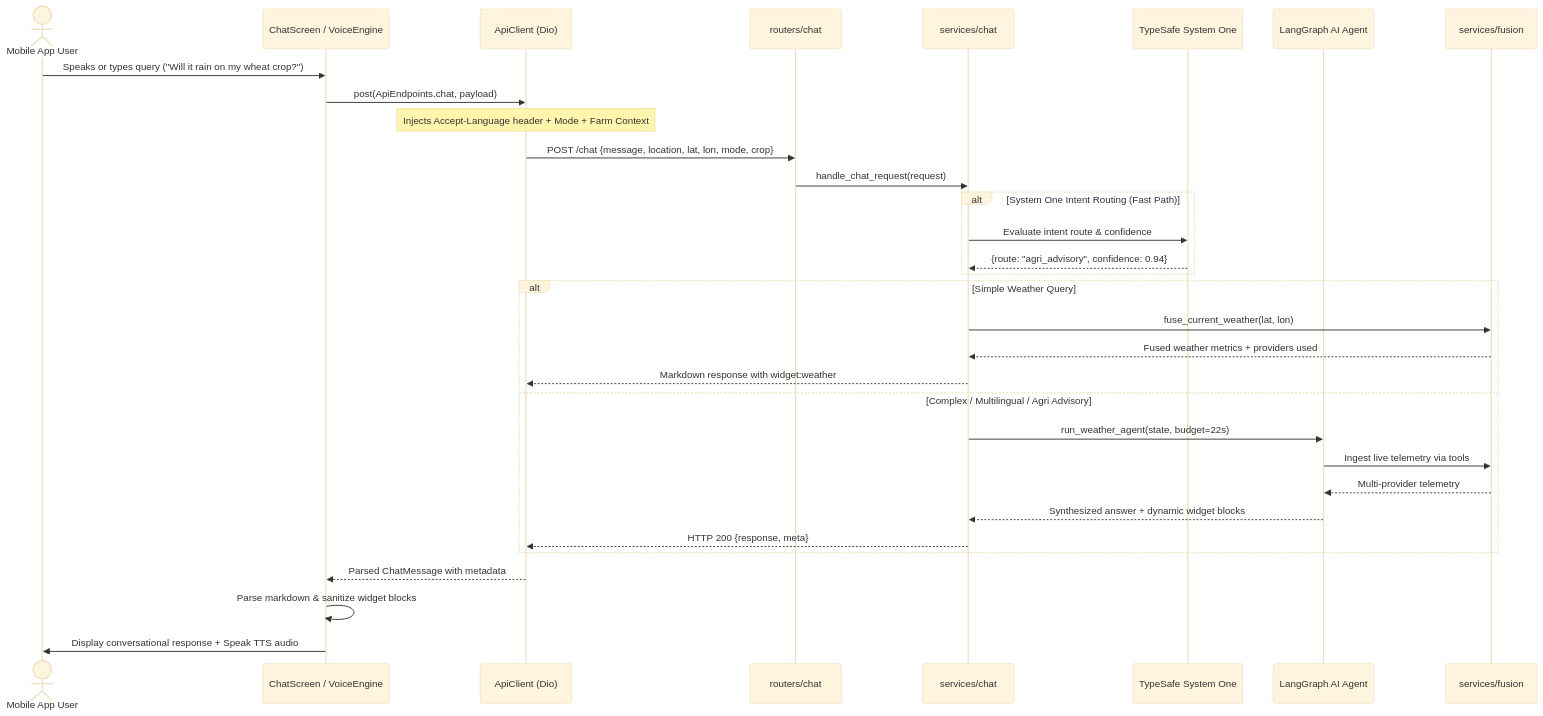
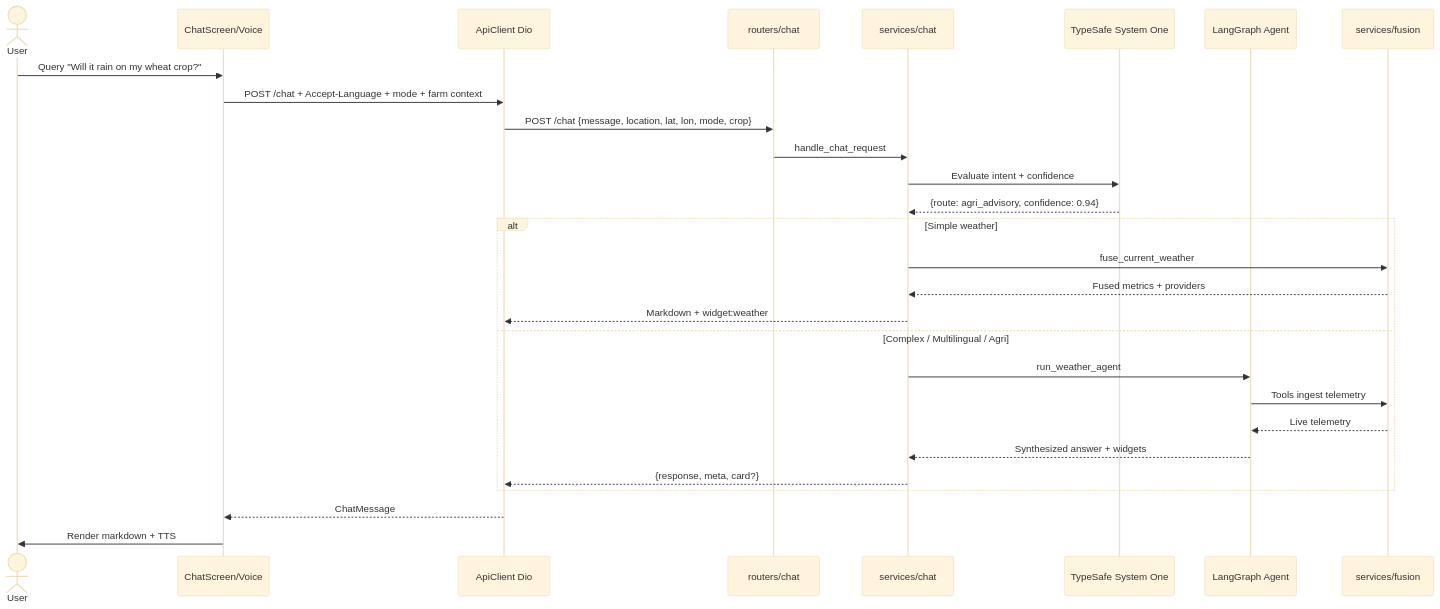
Before and after one commit to omsenjalia/weathergpt-app: the second of 7 diagrams in ARCHITECTURE.md, drawn with Mermaid (base theme). The commit also changed other lines of this file and 3 other files, not shown here.

First line of the commit message:
fix: navigation panel anchors now match actual headers, clean ARCHITECTURE.md

````diff
--- a/ARCHITECTURE.md
+++ b/ARCHITECTURE.md
@@ -361,38 +318,34 @@
 ```mermaid
 sequenceDiagram
-    actor User as Mobile App User
-    participant UI as ChatScreen / VoiceEngine
-    participant Client as ApiClient (Dio)
+    actor User
+    participant UI as ChatScreen/Voice
+    participant Client as ApiClient Dio
     participant Router as routers/chat
     participant Service as services/chat
     participant Jev as TypeSafe System One
-    participant Agent as LangGraph AI Agent
+    participant Agent as LangGraph Agent
     participant Fusion as services/fusion
 
-    User->>UI: Speaks or types query ("Will it rain on my wheat crop?")
-    UI->>Client: post(ApiEndpoints.chat, payload)
-    Note over Client: Injects Accept-Language header + Mode + Farm Context
+    User->>UI: Query "Will it rain on my wheat crop?"
+    UI->>Client: POST /chat + Accept-Language + mode + farm context
     Client->>Router: POST /chat {message, location, lat, lon, mode, crop}
-    Router->>Service: handle_chat_request(request)
+    Router->>Service: handle_chat_request
 
-    alt System One Intent Routing (Fast Path)
-        Service->>Jev: Evaluate intent route & confidence
-        Jev-->>Service: {route: "agri_advisory", confidence: 0.94}
+    Service->>Jev: Evaluate intent + confidence
+    Jev-->>Service: {route: agri_advisory, confidence: 0.94}
+
+    alt Simple weather
+        Service->>Fusion: fuse_current_weather
+        Fusion-->>Service: Fused metrics + providers
+        Service-->>Client: Markdown + widget:weather
+    else Complex / Multilingual / Agri
+        Service->>Agent: run_weather_agent
+        Agent->>Fusion: Tools ingest telemetry
+        Fusion-->>Agent: Live telemetry
+        Agent-->>Service: Synthesized answer + widgets
+        Service-->>Client: {response, meta, card?}
     end
 
-    alt Simple Weather Query
-        Service->>Fusion: fuse_current_weather(lat, lon)
-        Fusion-->>Service: Fused weather metrics + providers used
-        Service-->>Client: Markdown response with widget:weather
-    else Complex / Multilingual / Agri Advisory
-        Service->>Agent: run_weather_agent(state, budget=22s)
-        Agent->>Fusion: Ingest live telemetry via tools
-        Fusion-->>Agent: Multi-provider telemetry
-        Agent-->>Service: Synthesized answer + dynamic widget blocks
-        Service-->>Client: HTTP 200 {response, meta}
-    end
-
-    Client-->>UI: Parsed ChatMessage with metadata
-    UI->>UI: Parse markdown & sanitize widget blocks
-    UI->>User: Display conversational response + Speak TTS audio
+    Client-->>UI: ChatMessage
+    UI->>User: Render markdown + TTS
 ```
````
